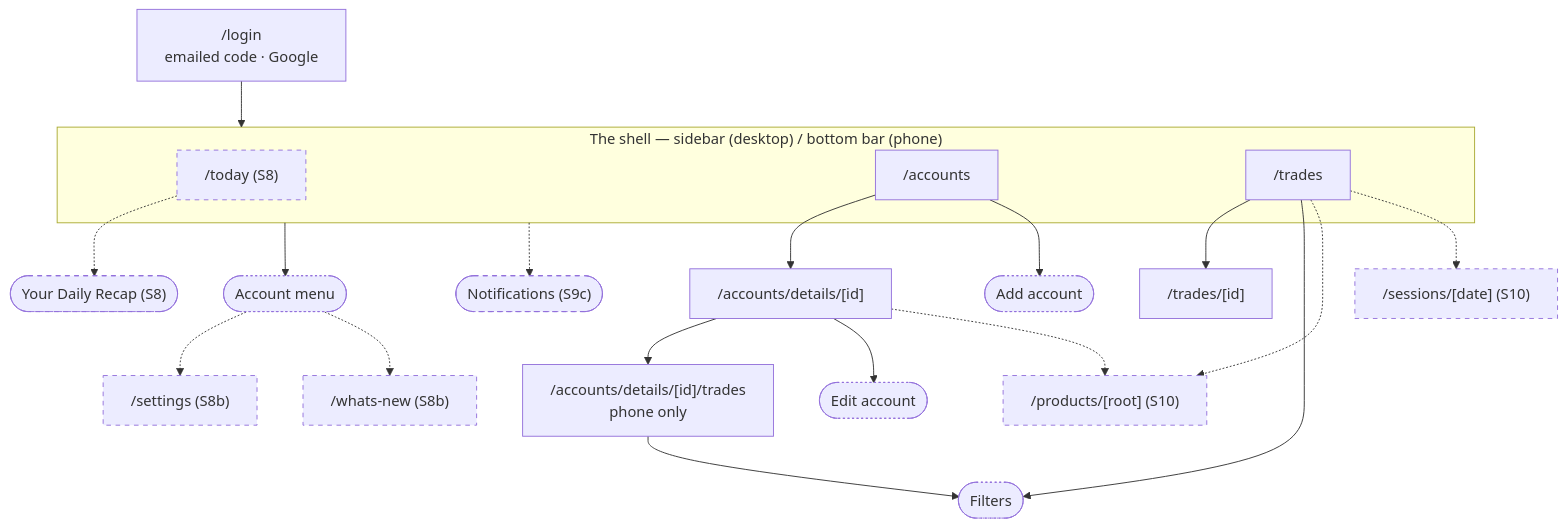
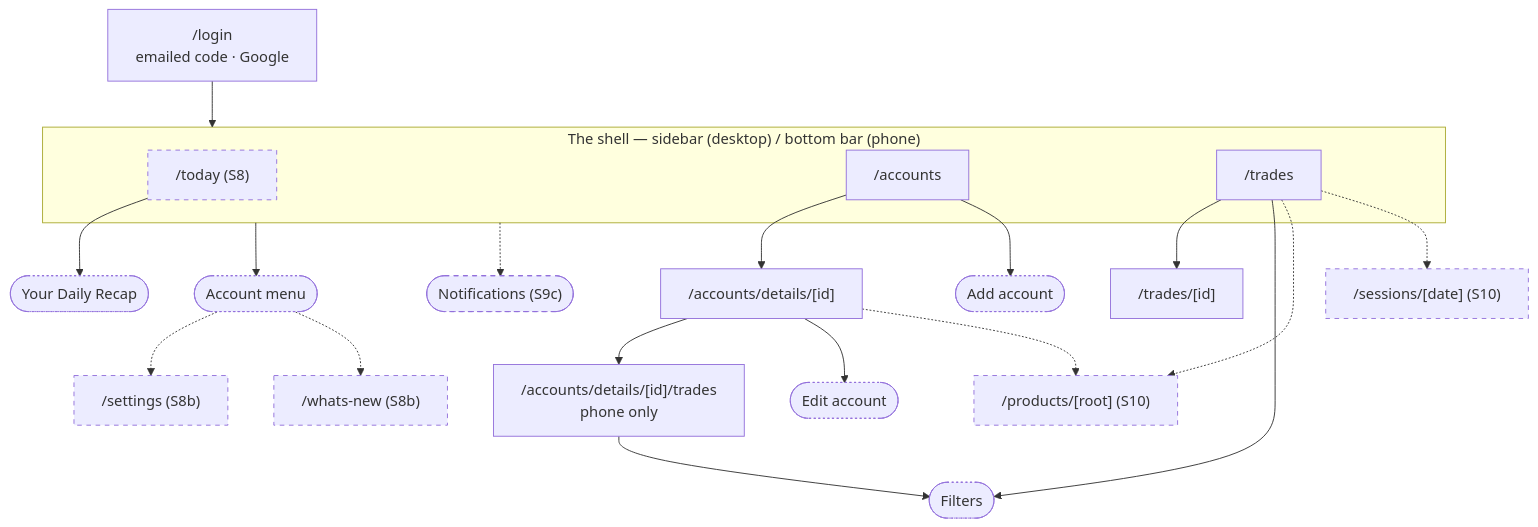
The second of 15 diagrams in docs/user-guide.md (modryn-studio/run-rebuild), drawn with Mermaid before and after one commit. The commit also changed other lines of this file and 8 other files, not shown here.

````diff
--- a/docs/user-guide.md
+++ b/docs/user-guide.md
@@ -42,42 +42,42 @@
 ```mermaid
 flowchart TD
   Login["/login<br/>emailed code · Google"] --> Shell
 
   subgraph Shell["The shell — sidebar (desktop) / bottom bar (phone)"]
     Today["/today (S8)"]
     Accounts["/accounts"]
     Trades["/trades"]
   end
 
-  Today -.-> Recap(["Your Daily Recap (S8)"])
+  Today --> Recap(["Your Daily Recap"])
 
   Accounts --> Detail["/accounts/details/[id]"]
   Detail --> AcctTape["/accounts/details/[id]/trades<br/>phone only"]
   Accounts --> AddAcct(["Add account"])
   Detail --> EditAcct(["Edit account"])
 
   Trades --> TradeDetail["/trades/[id]"]
   Trades --> Filters(["Filters"])
   AcctTape --> Filters
 
   Trades -.-> Product["/products/[root] (S10)"]
   Detail -.-> Product
   Trades -.-> Session["/sessions/[date] (S10)"]
 
   Shell --> Menu(["Account menu"])
   Menu -.-> Settings["/settings (S8b)"]
   Menu -.-> WhatsNew["/whats-new (S8b)"]
   Shell -.-> Notifs(["Notifications (S9c)"])
 
   style Today stroke-dasharray: 5 5
-  style Recap stroke-dasharray: 5 5
+  style Recap stroke-dasharray: 2 3
   style Settings stroke-dasharray: 5 5
   style WhatsNew stroke-dasharray: 5 5
   style Notifs stroke-dasharray: 5 5
   style Product stroke-dasharray: 5 5
   style Session stroke-dasharray: 5 5
   style AddAcct stroke-dasharray: 2 3
   style EditAcct stroke-dasharray: 2 3
   style Filters stroke-dasharray: 2 3
   style Menu stroke-dasharray: 2 3
 ```
````
